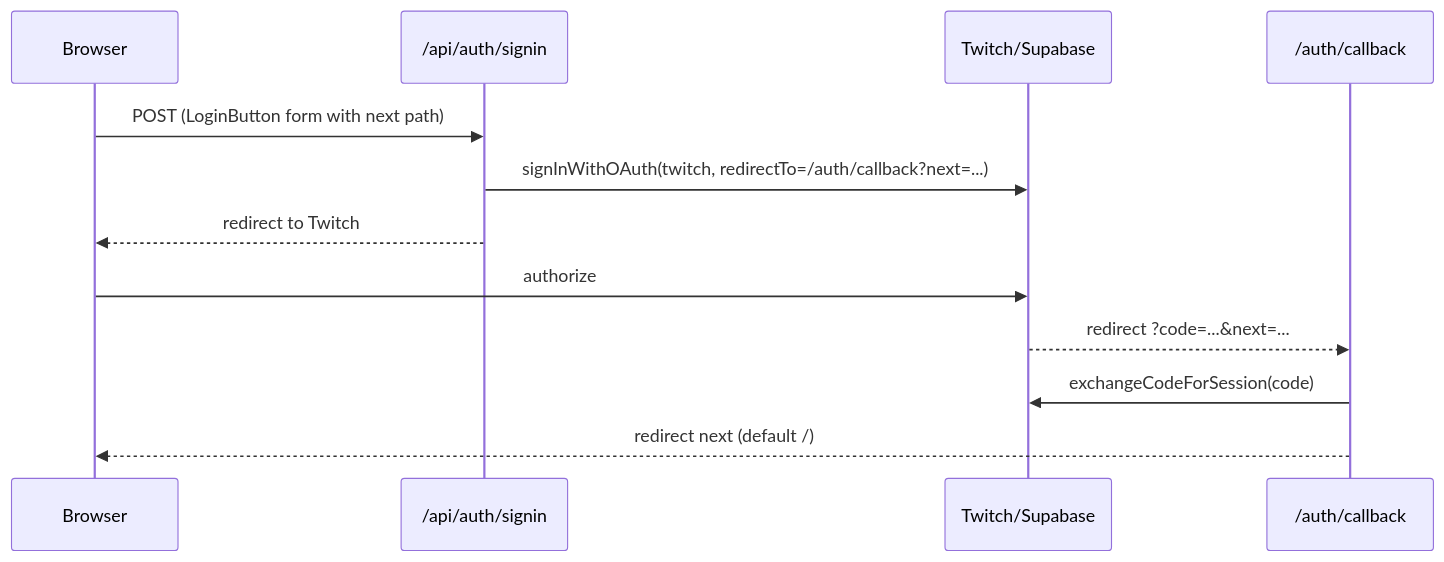
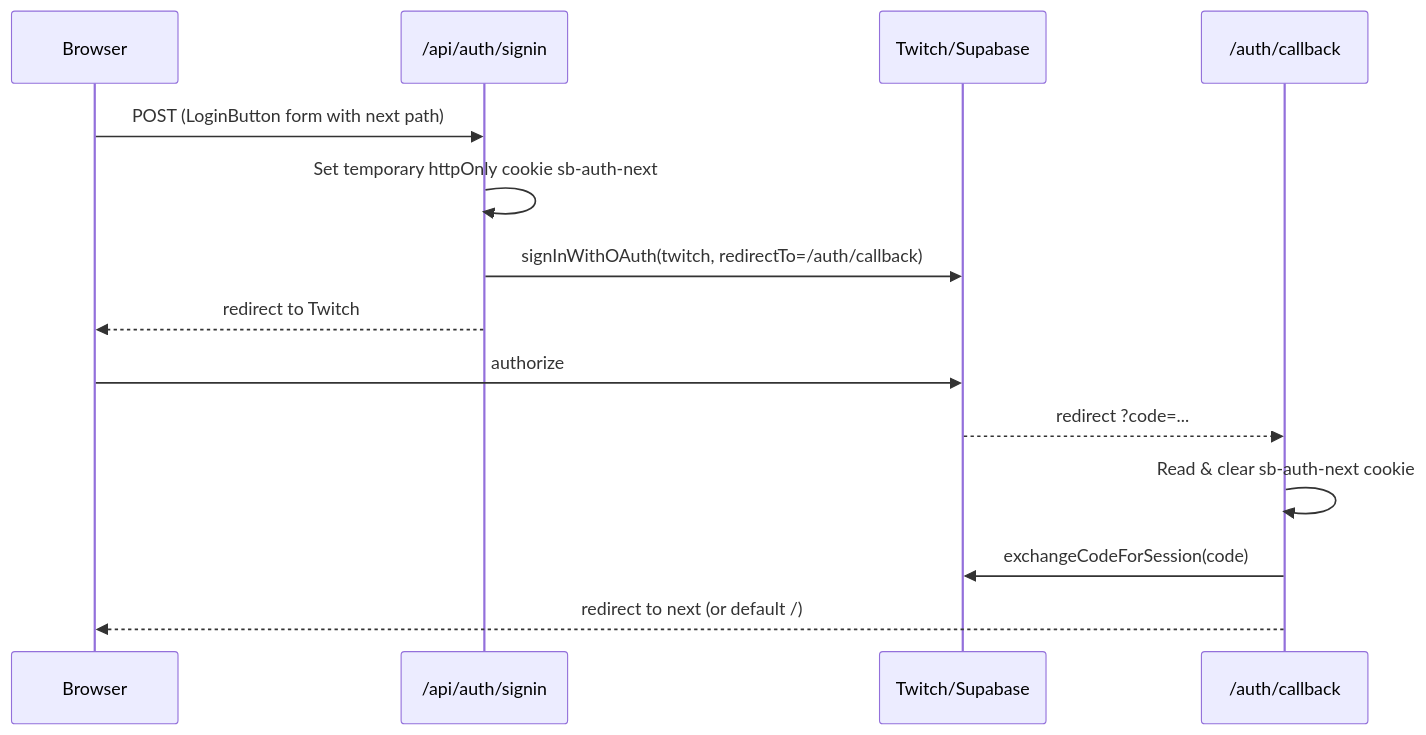
Before and after one commit to danygq/knekro-hub: the diagram in docs/modules/auth.md, drawn with Mermaid. The commit also changed other lines of this file and 3 other files, not shown here.

Commit message:
fix(auth): preserve redirect destination via cookie to prevent OAuth redirect mismatch

````diff
--- a/docs/modules/auth.md
+++ b/docs/modules/auth.md
@@ -14,14 +14,16 @@
 ```mermaid
 sequenceDiagram
   participant B as Browser
   participant S as /api/auth/signin
   participant T as Twitch/Supabase
   participant C as /auth/callback
   B->>S: POST (LoginButton form with next path)
-  S->>T: signInWithOAuth(twitch, redirectTo=/auth/callback?next=...)
+  S->>S: Set temporary httpOnly cookie sb-auth-next
+  S->>T: signInWithOAuth(twitch, redirectTo=/auth/callback)
   S-->>B: redirect to Twitch
   B->>T: authorize
-  T-->>C: redirect ?code=...&next=...
+  T-->>C: redirect ?code=...
+  C->>C: Read & clear sb-auth-next cookie
   C->>T: exchangeCodeForSession(code)
-  C-->>B: redirect next (default /)
+  C-->>B: redirect to next (or default /)
 ```
````
